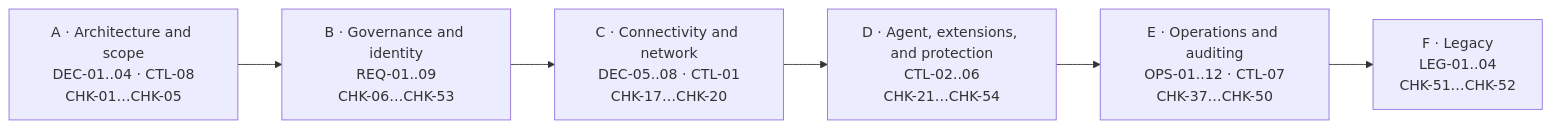
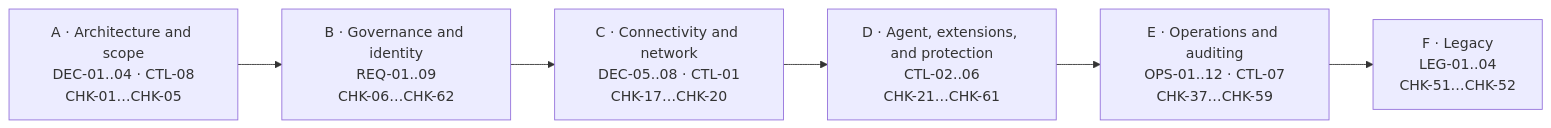
One commit to fabiotreze/arc-posture-review changed diagram 14 of 18 in docs/guide.en-US.md. Above: the diagram before and after it, drawn with Mermaid. The commit also changed other lines of this file and 9 other files, not shown here.

````diff
--- a/docs/guide.en-US.md
+++ b/docs/guide.en-US.md
@@ -1228,9 +1244,9 @@
 ```mermaid
 %% svg:phases
 flowchart LR
-  A["A · Architecture and scope<br/>DEC-01..04 · CTL-08<br/>CHK-01…CHK-05"] --> B["B · Governance and identity<br/>REQ-01..09<br/>CHK-06…CHK-53"]
+  A["A · Architecture and scope<br/>DEC-01..04 · CTL-08<br/>CHK-01…CHK-05"] --> B["B · Governance and identity<br/>REQ-01..09<br/>CHK-06…CHK-62"]
   B --> C["C · Connectivity and network<br/>DEC-05..08 · CTL-01<br/>CHK-17…CHK-20"]
-  C --> D["D · Agent, extensions, and protection<br/>CTL-02..06<br/>CHK-21…CHK-54"]
-  D --> E["E · Operations and auditing<br/>OPS-01..12 · CTL-07<br/>CHK-37…CHK-50"]
+  C --> D["D · Agent, extensions, and protection<br/>CTL-02..06<br/>CHK-21…CHK-61"]
+  D --> E["E · Operations and auditing<br/>OPS-01..12 · CTL-07<br/>CHK-37…CHK-59"]
   E --> F["F · Legacy<br/>LEG-01..04<br/>CHK-51…CHK-52"]
 ```
````
